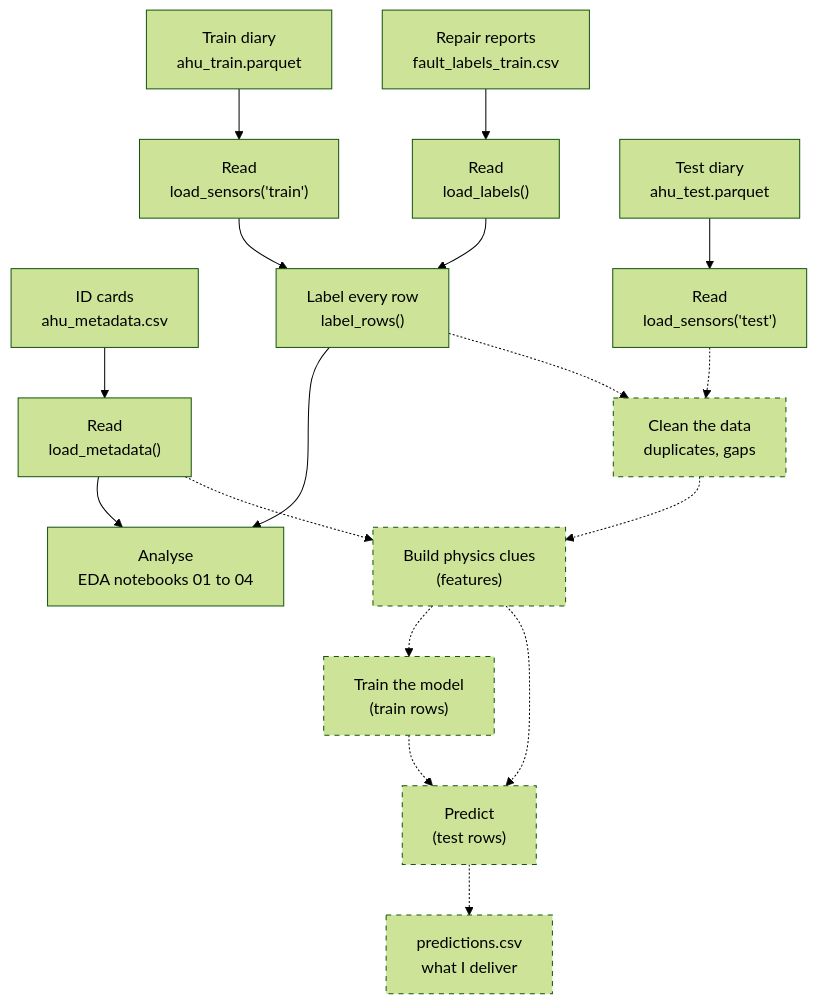
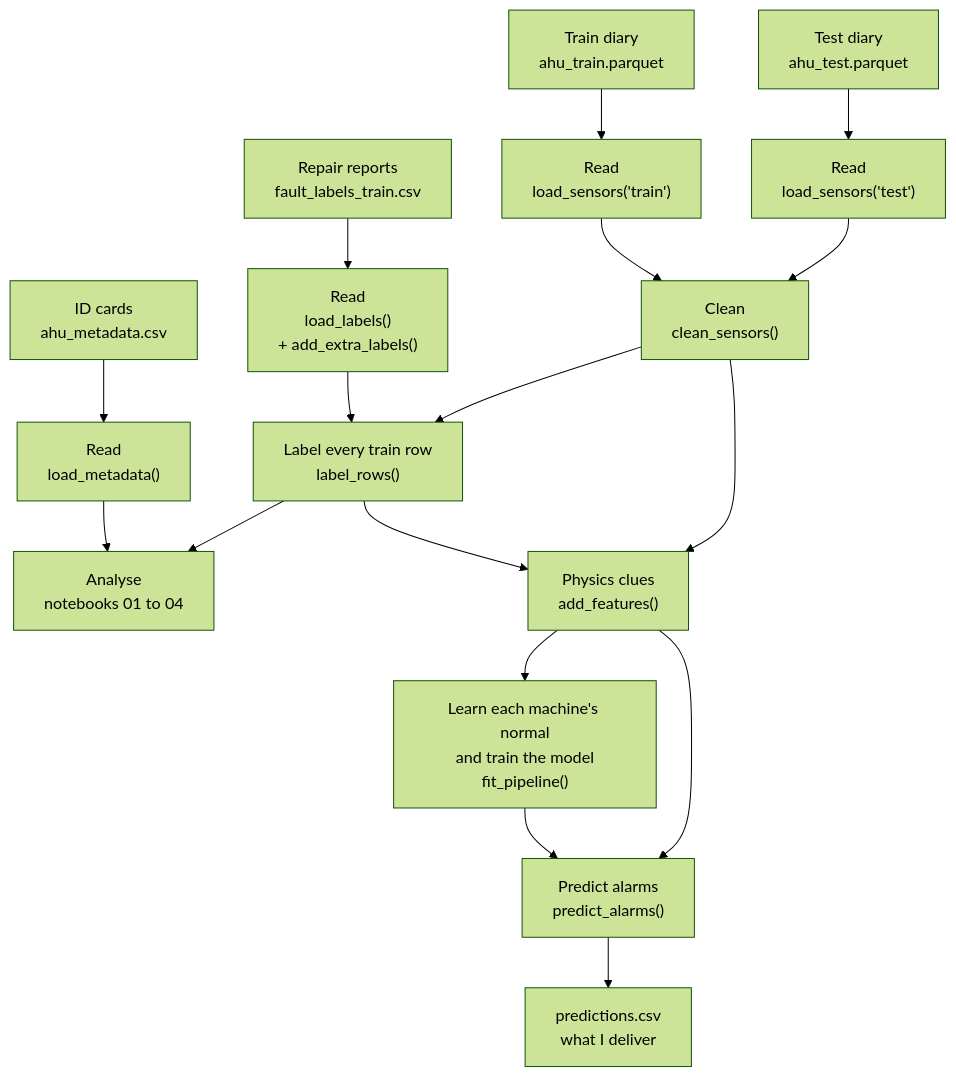
Before and after one commit to serrasm19/ahu-fault-detection: the second of 3 diagrams in submission/code/docs/01 - Data.md, drawn with Mermaid (forest theme). The commit also changed other lines of this file and 12 other files, not shown here.

````diff
--- a/submission/code/docs/01 - Data.md
+++ b/submission/code/docs/01 - Data.md
@@ -137,24 +137,20 @@
 ```mermaid
 flowchart TD
     meta["ID cards<br/>ahu_metadata.csv"] --> lm["Read<br/>load_metadata()"]
-    labf["Repair reports<br/>fault_labels_train.csv"] --> ll["Read<br/>load_labels()"]
+    labf["Repair reports<br/>fault_labels_train.csv"] --> ll["Read<br/>load_labels()<br/>+ add_extra_labels()"]
     trf["Train diary<br/>ahu_train.parquet"] --> ls["Read<br/>load_sensors('train')"]
     tef["Test diary<br/>ahu_test.parquet"] --> lt["Read<br/>load_sensors('test')"]
 
-    ls --> lab["Label every row<br/>label_rows()"]
+    ls --> clean["Clean<br/>clean_sensors()"]
+    lt --> clean
+    clean --> lab["Label every train row<br/>label_rows()"]
     ll --> lab
-    lab --> eda["Analyse<br/>EDA notebooks 01 to 04"]
+    lab --> eda["Analyse<br/>notebooks 01 to 04"]
     lm --> eda
-
-    lab -.-> clean["Clean the data<br/>duplicates, gaps"]
-    lt -.-> clean
-    clean -.-> feat["Build physics clues<br/>(features)"]
-    lm -.-> feat
-    feat -.-> fit["Train the model<br/>(train rows)"]
-    feat -.-> pred["Predict<br/>(test rows)"]
-    fit -.-> pred
-    pred -.-> out["predictions.csv<br/>what I deliver"]
-
-    classDef planned stroke-dasharray: 5 5
-    class clean,feat,fit,pred,out planned
+    clean --> feat["Physics clues<br/>add_features()"]
+    lab --> feat
+    feat --> fit["Learn each machine's normal<br/>and train the model<br/>fit_pipeline()"]
+    feat --> pred["Predict alarms<br/>predict_alarms()"]
+    fit --> pred
+    pred --> out["predictions.csv<br/>what I deliver"]
 ```
````
